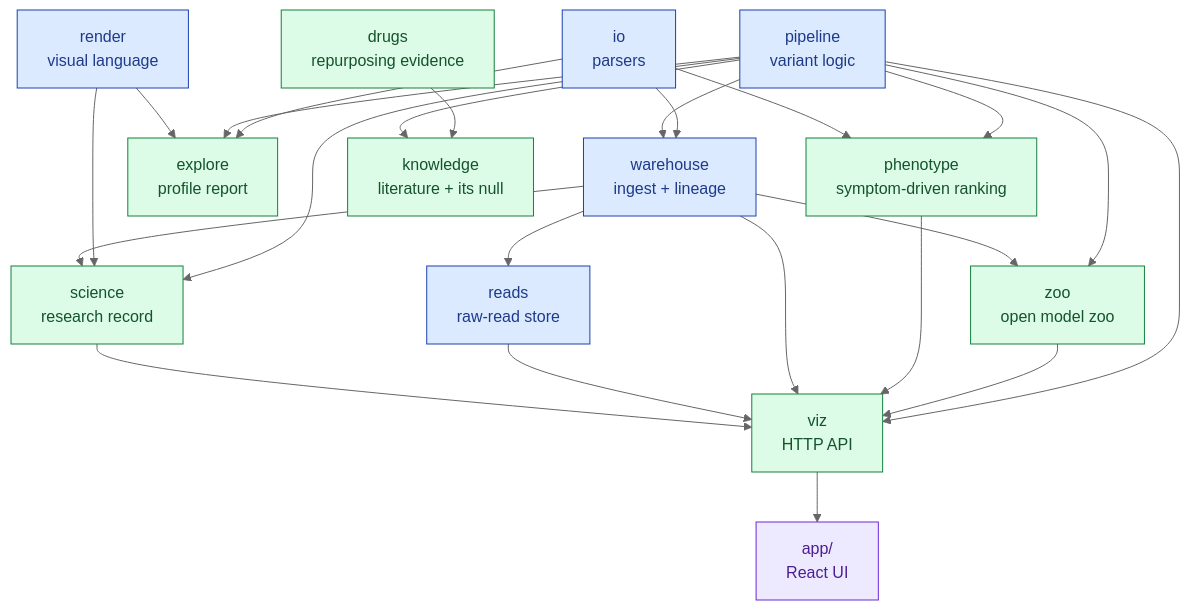
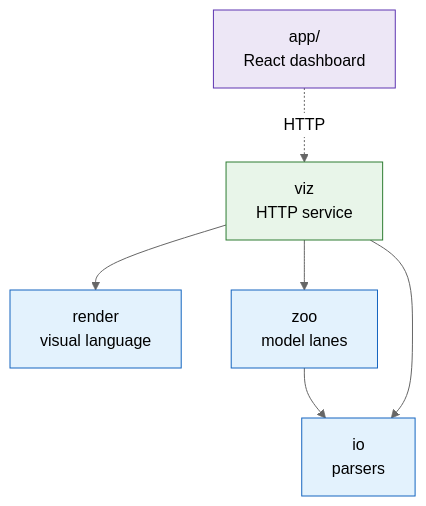
Before and after one commit to agharsallah/mva-hackathon: the diagram in src/mva/README.md, drawn with Mermaid (neutral theme). The commit also changed other lines of this file and 10 other files, not shown here.

````diff
--- a/src/mva/README.md
+++ b/src/mva/README.md
@@ -27,43 +26,18 @@
 ```mermaid
 graph TD
     io[io<br/>parsers]:::machine
     render[render<br/>visual language]:::machine
-    pipeline[pipeline<br/>variant logic]:::machine
-    warehouse[warehouse<br/>ingest + lineage]:::machine
-    reads[reads<br/>raw-read store]:::machine
-    science[science<br/>research record]:::goal
-    explore[explore<br/>profile report]:::goal
-    viz[viz<br/>HTTP API]:::goal
-    app[app/<br/>React UI]:::raw
+    zoo[zoo<br/>model lanes]:::machine
+    viz[viz<br/>HTTP service]:::goal
+    app[app/<br/>React dashboard]:::raw
 
-    io --> warehouse
-    io --> explore
-    pipeline --> warehouse
-    pipeline --> science
-    pipeline --> explore
-    pipeline --> viz
-    phenotype[phenotype<br/>symptom-driven ranking]:::goal
-    drugs[drugs<br/>repurposing evidence]:::goal
-    knowledge[knowledge<br/>literature + its null]:::goal
-    zoo[zoo<br/>open model zoo]:::goal
-    pipeline --> zoo
-    warehouse --> zoo
-    zoo --> viz
-    drugs --> knowledge
-    pipeline --> knowledge
-    pipeline --> phenotype
-    io --> phenotype
-    phenotype --> viz
-    render --> science
-    render --> explore
-    warehouse --> science
-    warehouse --> reads
-    warehouse --> viz
-    reads --> viz
-    science --> viz
-    viz --> app
+    zoo --> io
+    viz --> zoo
+    viz --> io
+    viz --> render
+    app -.HTTP.-> viz
 
-    classDef machine fill:#dbeafe,stroke:#1e40af,color:#1e3a8a
-    classDef goal fill:#dcfce7,stroke:#15803d,color:#14532d
-    classDef raw fill:#ede9fe,stroke:#6d28d9,color:#4c1d95
+    classDef machine fill:#e3f2fd,stroke:#1565c0
+    classDef goal fill:#e8f5e9,stroke:#2e7d32
+    classDef raw fill:#ede7f6,stroke:#5e35b1
 ```
````
